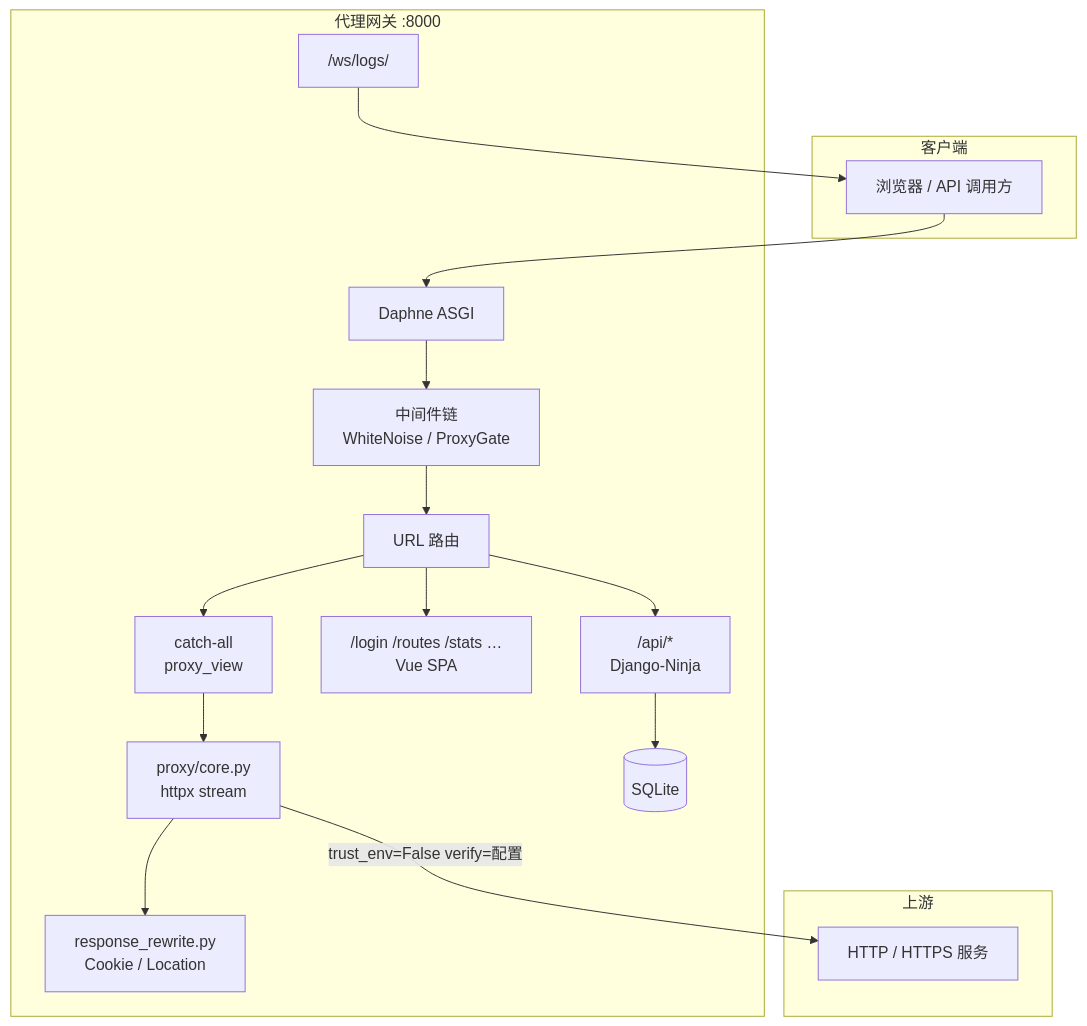
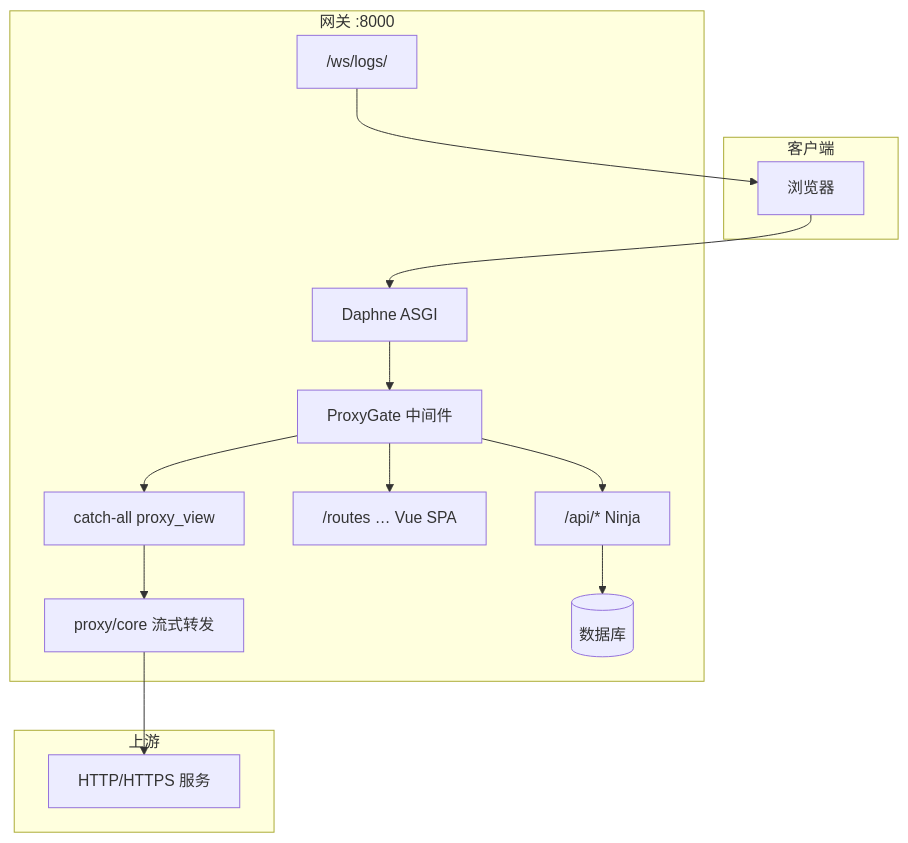
Before and after one commit to zhuddd/django_proxy: the first of 2 diagrams in docs/项目文档.md, drawn with Mermaid. The commit also changed other lines of this file and 138 other files, not shown here.

````diff
--- a/docs/项目文档.md
+++ b/docs/项目文档.md
@@ -55,31 +58,28 @@
 ```mermaid
 flowchart TB
     subgraph Client["客户端"]
-        Browser[浏览器 / API 调用方]
+        Browser[浏览器]
     end
 
-    subgraph Gateway["代理网关 :8000"]
+    subgraph Gateway["网关 :8000"]
         Daphne[Daphne ASGI]
-        MW[中间件链<br/>WhiteNoise / ProxyGate]
-        URL[URL 路由]
-        API["/api/*<br/>Django-Ninja"]
-        SPA["/login /routes /stats …<br/>Vue SPA"]
-        Proxy["catch-all<br/>proxy_view"]
-        Core[proxy/core.py<br/>httpx stream]
-        Rewrite[response_rewrite.py<br/>Cookie / Location]
-        DB[(SQLite)]
+        MW[ProxyGate 中间件]
+        API["/api/* Ninja"]
+        SPA["/routes … Vue SPA"]
+        Proxy[catch-all proxy_view]
+        Core[proxy/core 流式转发]
+        DB[(数据库)]
         WS["/ws/logs/"]
     end
 
     subgraph Upstream["上游"]
-        S1[HTTP / HTTPS 服务]
+        U[HTTP/HTTPS 服务]
     end
 
-    Browser --> Daphne --> MW --> URL
-    URL --> API
-    URL --> SPA
-    URL --> Proxy --> Core --> Rewrite
-    Core -->|trust_env=False verify=配置| S1
+    Browser --> Daphne --> MW
+    MW --> API
+    MW --> SPA
+    MW --> Proxy --> Core --> U
     API --> DB
     WS --> Browser
 ```
````
